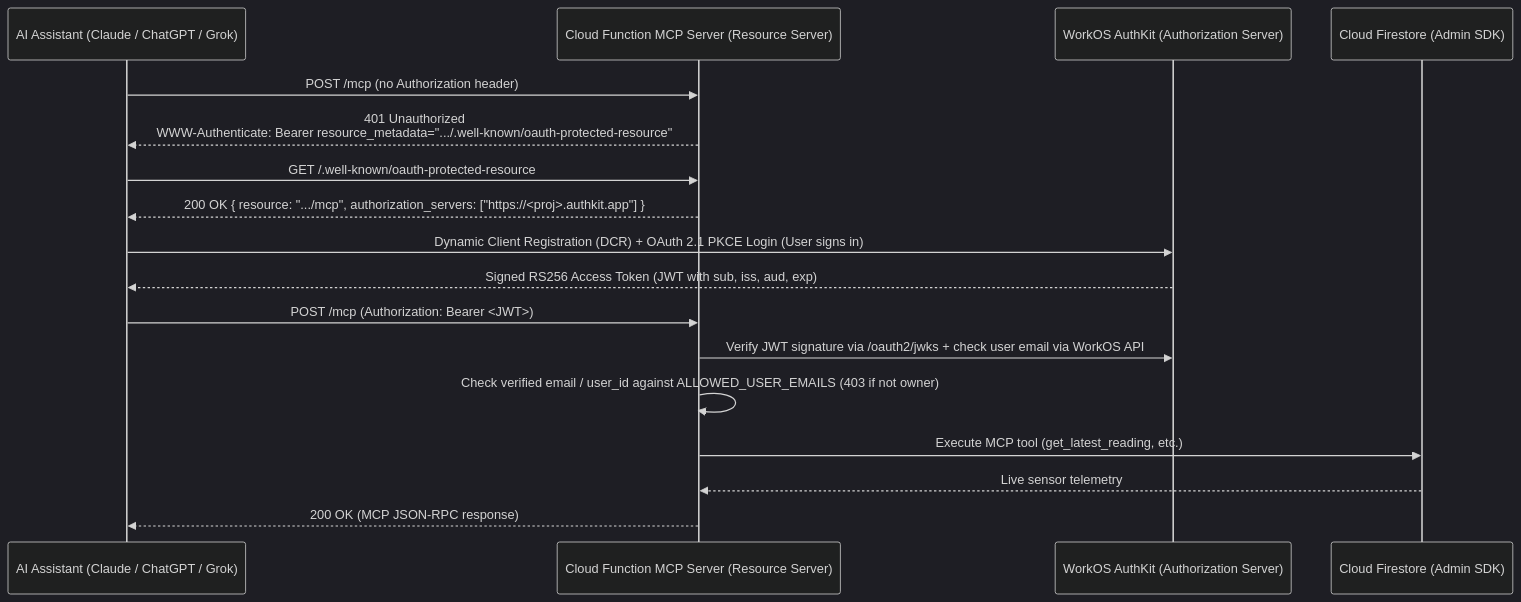
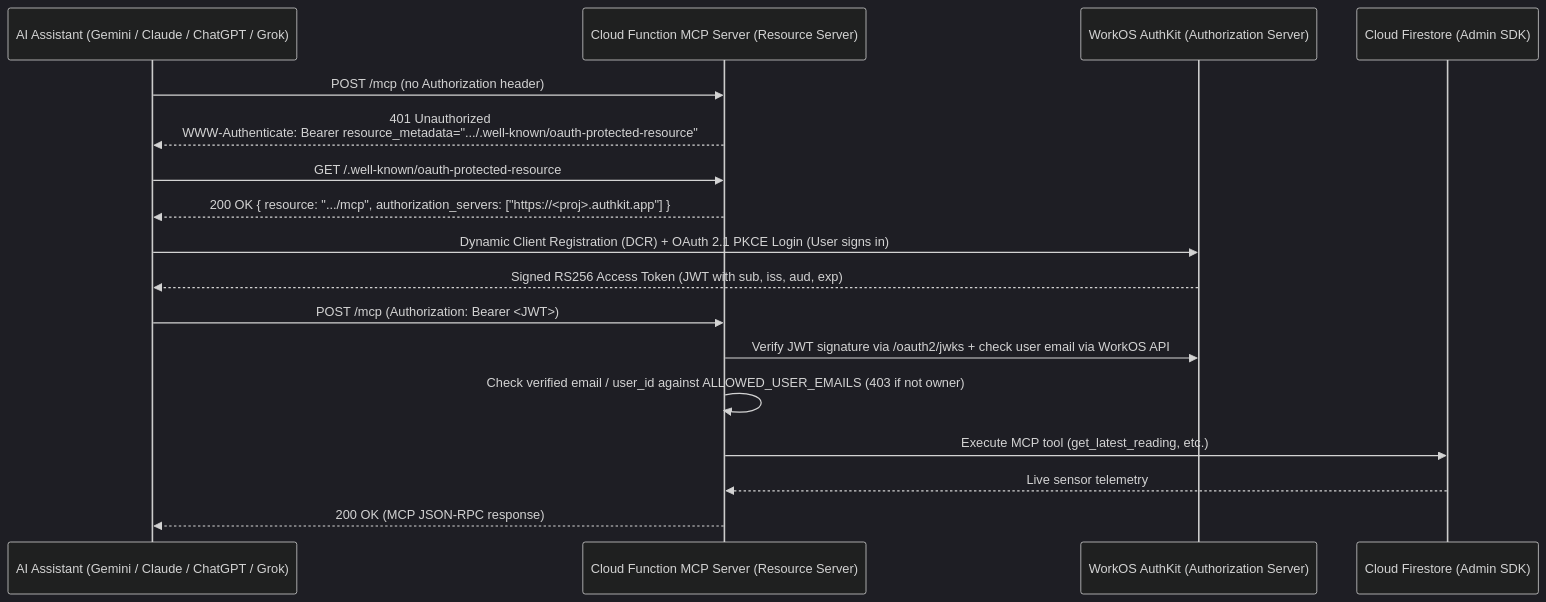
One commit to mhusk/mhusk-custom-air-sensor changed the third of 3 diagrams in docs/04-workos-and-mcp-server.md. Above: the diagram before and after it, drawn with Mermaid (dark theme). The commit also changed other lines of this file and 6 other files, not shown here.

````diff
--- a/docs/04-workos-and-mcp-server.md
+++ b/docs/04-workos-and-mcp-server.md
@@ -260,20 +260,20 @@
 ```mermaid
 sequenceDiagram
-    participant AI as AI Assistant (Claude / ChatGPT / Grok)
+    participant AI as AI Assistant (Gemini / Claude / ChatGPT / Grok)
     participant CF as Cloud Function MCP Server (Resource Server)
     participant WOS as WorkOS AuthKit (Authorization Server)
     participant FS as Cloud Firestore (Admin SDK)
 
     AI->>CF: POST /mcp (no Authorization header)
     CF-->>AI: 401 Unauthorized<br/>WWW-Authenticate: Bearer resource_metadata=".../.well-known/oauth-protected-resource"
     AI->>CF: GET /.well-known/oauth-protected-resource
     CF-->>AI: 200 OK { resource: ".../mcp", authorization_servers: ["https://<proj>.authkit.app"] }
     AI->>WOS: Dynamic Client Registration (DCR) + OAuth 2.1 PKCE Login (User signs in)
     WOS-->>AI: Signed RS256 Access Token (JWT with sub, iss, aud, exp)
     AI->>CF: POST /mcp (Authorization: Bearer <JWT>)
     CF->>WOS: Verify JWT signature via /oauth2/jwks + check user email via WorkOS API
     CF->>CF: Check verified email / user_id against ALLOWED_USER_EMAILS (403 if not owner)
     CF->>FS: Execute MCP tool (get_latest_reading, etc.)
     FS-->>CF: Live sensor telemetry
     CF-->>AI: 200 OK (MCP JSON-RPC response)
 ```
````
